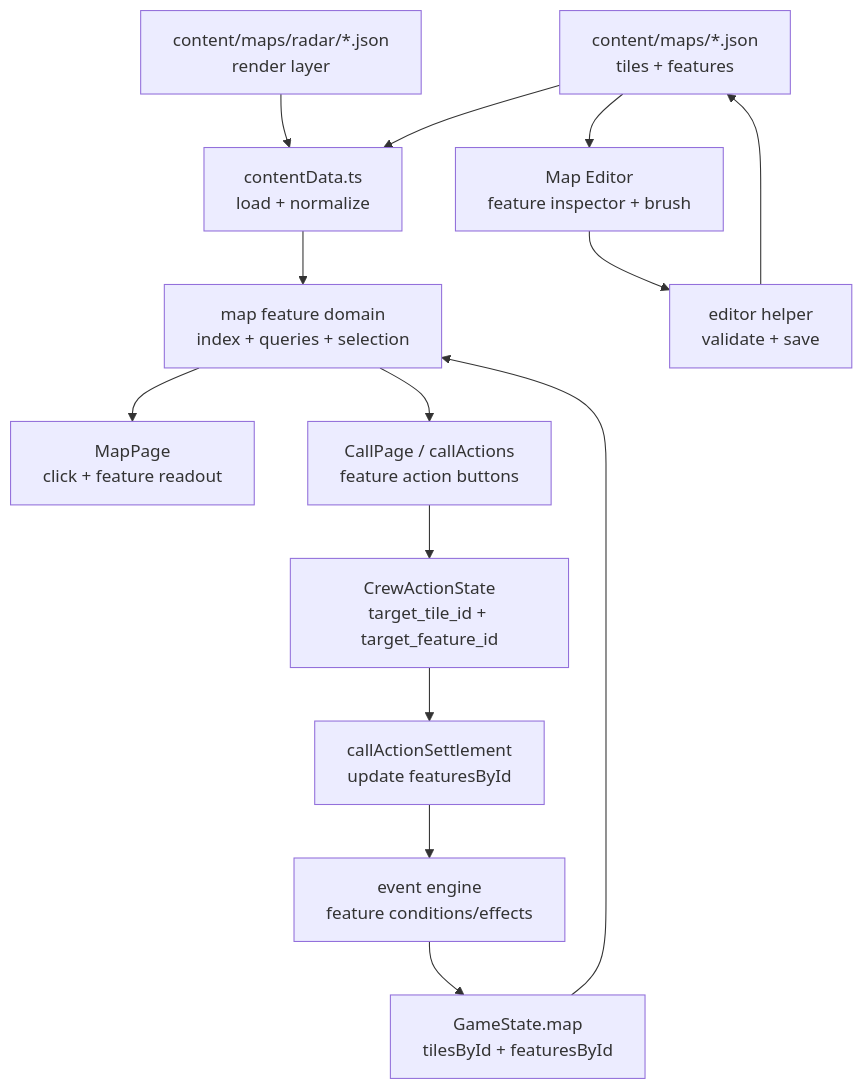
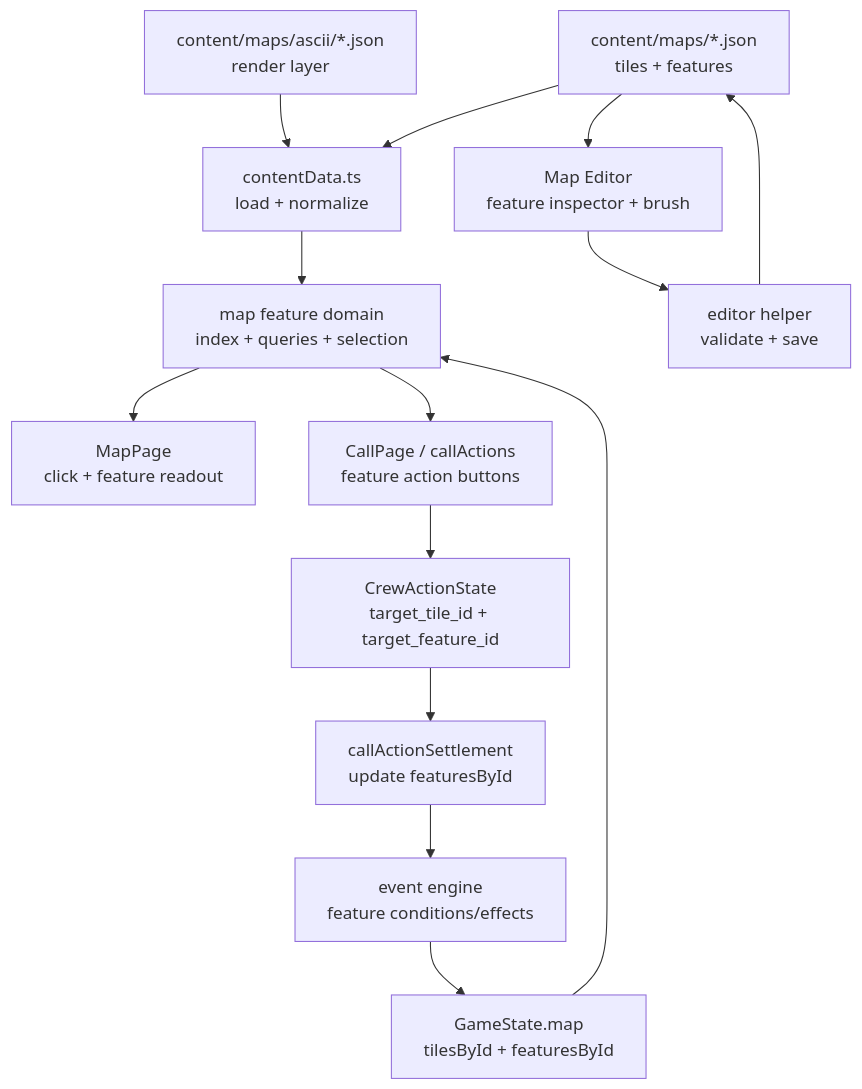
One commit to Hikaru518/stellar-frontier changed the diagram in docs/plans/2026-05-11-21-14/region-based-map-system-technical-design.md. Above: the diagram before and after it, drawn with Mermaid. The commit also changed other lines of this file and 22 other files, not shown here.

````diff
--- a/docs/plans/2026-05-11-21-14/region-based-map-system-technical-design.md
+++ b/docs/plans/2026-05-11-21-14/region-based-map-system-technical-design.md
@@ -119,16 +119,16 @@
 ```mermaid
 flowchart TD
     MapJson["content/maps/*.json<br/>tiles + features"] --> Loader["contentData.ts<br/>load + normalize"]
-    RadarJson["content/maps/radar/*.json<br/>render layer"] --> Loader
+    RadarJson["content/maps/ascii/*.json<br/>render layer"] --> Loader
     Loader --> FeatureDomain["map feature domain<br/>index + queries + selection"]
     FeatureDomain --> MapPage["MapPage<br/>click + feature readout"]
     FeatureDomain --> CallPage["CallPage / callActions<br/>feature action buttons"]
     CallPage --> CrewActions["CrewActionState<br/>target_tile_id + target_feature_id"]
     CrewActions --> Settlement["callActionSettlement<br/>update featuresById"]
     Settlement --> Events["event engine<br/>feature conditions/effects"]
     Events --> GameState["GameState.map<br/>tilesById + featuresById"]
     GameState --> FeatureDomain
     MapJson --> Editor["Map Editor<br/>feature inspector + brush"]
     Editor --> Helper["editor helper<br/>validate + save"]
     Helper --> MapJson
 ```
````
